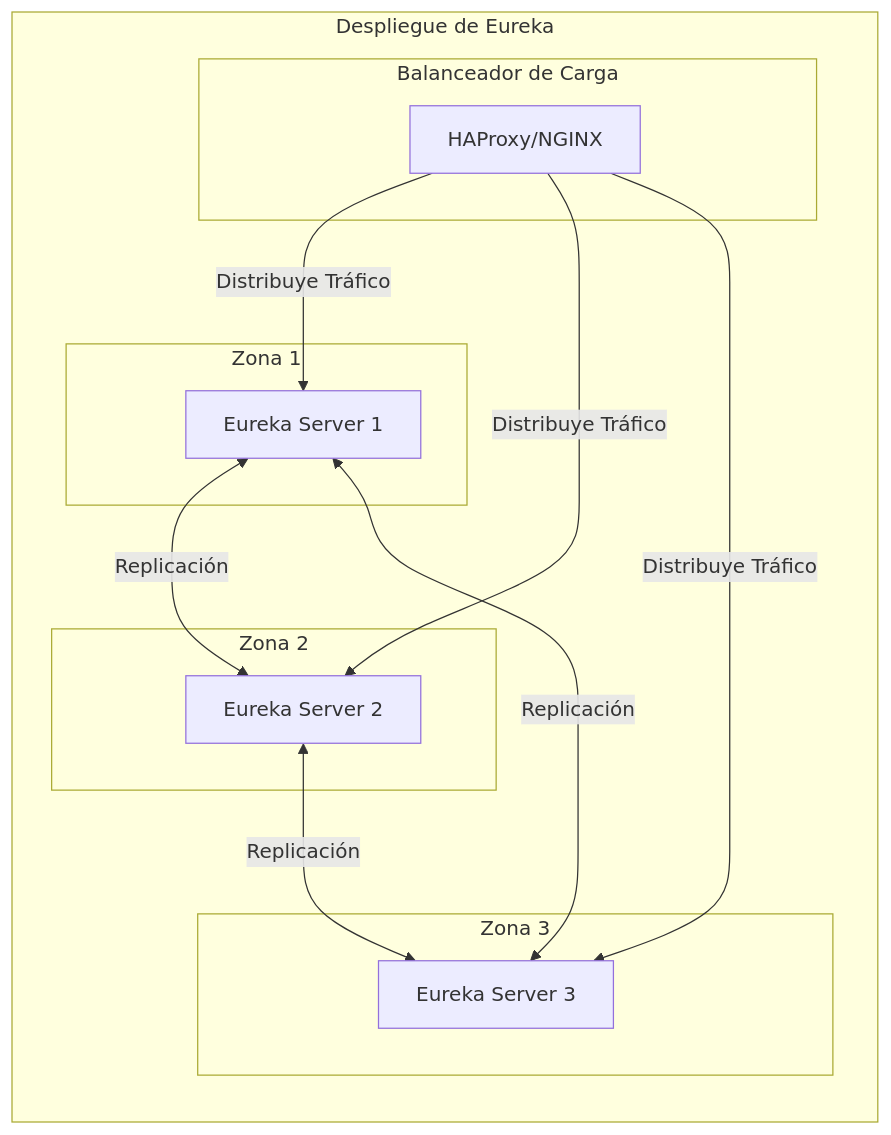
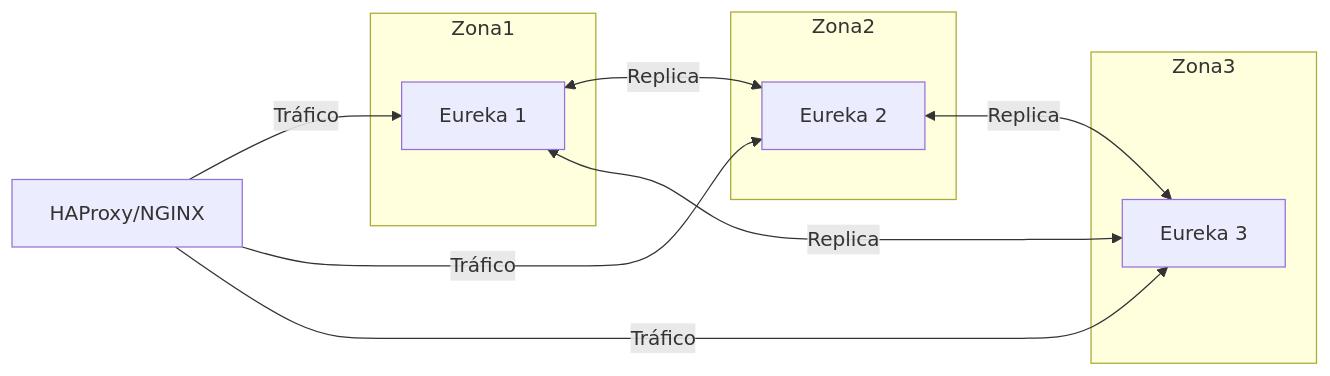
The diagram in docs/diagrams/despliegue-eureka.mmd (UM-services/UM.tesoreria.eureka-service), drawn with Mermaid before and after one commit. The commit also changed 2 other files, not shown here.

```diff
--- a/docs/diagrams/despliegue-eureka.mmd
+++ b/docs/diagrams/despliegue-eureka.mmd
@@ -1,26 +1,25 @@
 graph LR
-    subgraph "Despliegue de Eureka"
-        subgraph "Zona 1"
-            E1[Eureka Server 1]
-        end
-        
-        subgraph "Zona 2"
-            E2[Eureka Server 2]
-        end
-        
-        subgraph "Zona 3"
-            E3[Eureka Server 3]
-        end
-        
-        E1 <-->|Replicación| E2
-        E2 <-->|Replicación| E3
-        E3 <-->|Replicación| E1
-        
-        subgraph "Balanceador de Carga"
-            LB[HAProxy/NGINX]
-        end
-        
-        LB -->|Distribuye Tráfico| E1
-        LB -->|Distribuye Tráfico| E2
-        LB -->|Distribuye Tráfico| E3
+    E1[Eureka 1]
+    E2[Eureka 2]
+    E3[Eureka 3]
+    LB[HAProxy/NGINX]
+
+    E1 <-->|Replica| E2
+    E2 <-->|Replica| E3
+    E3 <-->|Replica| E1
+
+    LB -->|Tráfico| E1
+    LB -->|Tráfico| E2
+    LB -->|Tráfico| E3
+
+    subgraph Zona1
+        E1
     end
+
+    subgraph Zona2
+        E2
+    end
+
+    subgraph Zona3
+        E3
+    end
```
